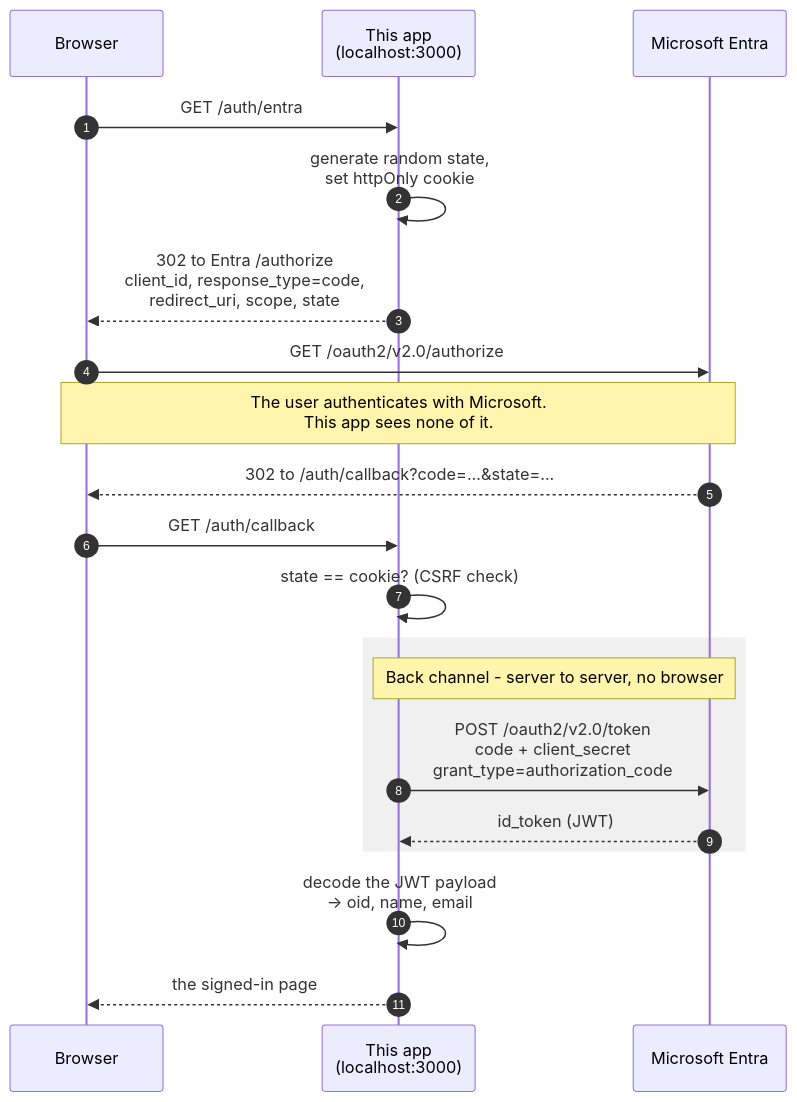
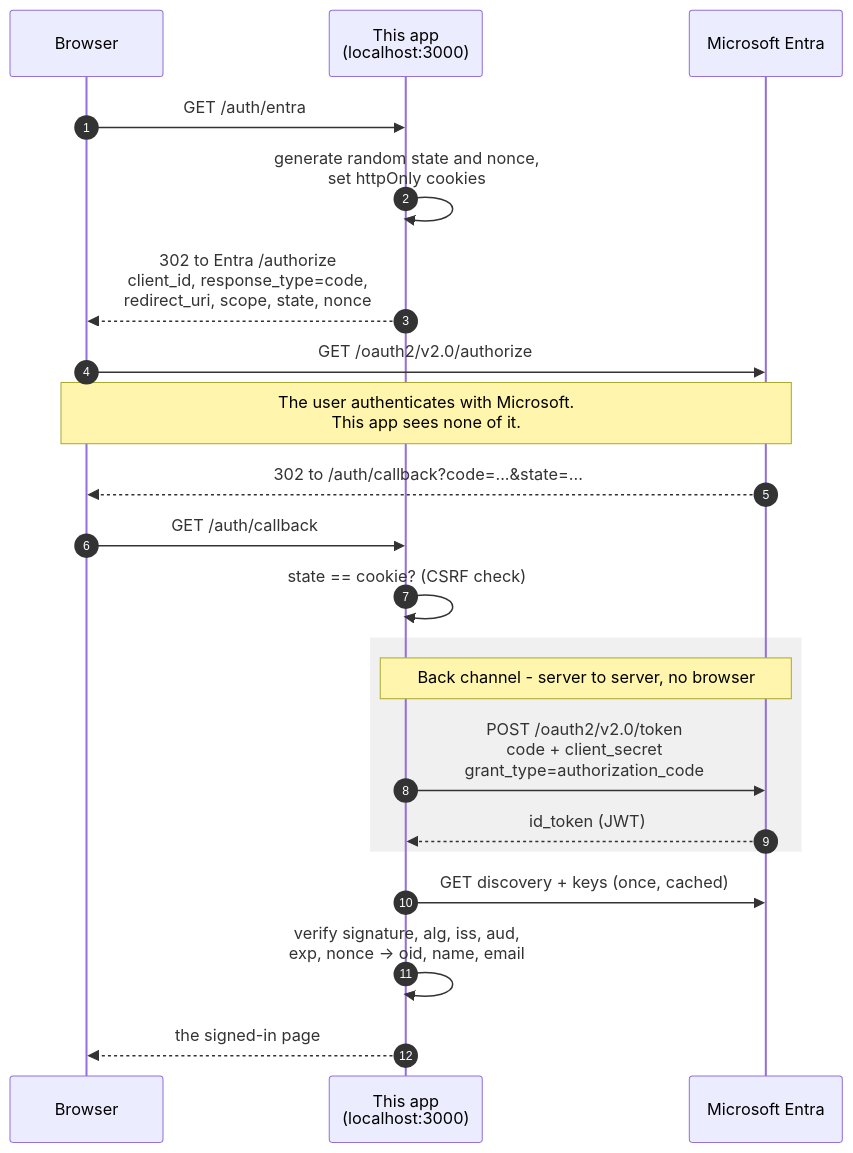
The diagram in entra-node-login-demo/README.md (hmcts/service-hmcts-springboot-demo), drawn with Mermaid before and after one commit. The commit also changed other lines of this file and 7 other files, not shown here.

First line of the commit message:
AMP-1252 entra-node-login-demo: verify the ID token before trusting it

````diff
--- a/entra-node-login-demo/README.md
+++ b/entra-node-login-demo/README.md
@@ -78,27 +84,28 @@
 ```mermaid
 sequenceDiagram
     autonumber
     participant B as Browser
     participant A as This app<br/>(localhost:3000)
     participant E as Microsoft Entra
 
     B->>A: GET /auth/entra
-    A->>A: generate random state,<br/>set httpOnly cookie
-    A-->>B: 302 to Entra /authorize<br/>client_id, response_type=code,<br/>redirect_uri, scope, state
+    A->>A: generate random state and nonce,<br/>set httpOnly cookies
+    A-->>B: 302 to Entra /authorize<br/>client_id, response_type=code,<br/>redirect_uri, scope, state, nonce
 
     B->>E: GET /oauth2/v2.0/authorize
     Note over B,E: The user authenticates with Microsoft.<br/>This app sees none of it.
     E-->>B: 302 to /auth/callback?code=...&state=...
 
     B->>A: GET /auth/callback
     A->>A: state == cookie? (CSRF check)
 
     rect rgba(128,128,128,0.12)
     Note over A,E: Back channel - server to server, no browser
     A->>E: POST /oauth2/v2.0/token<br/>code + client_secret<br/>grant_type=authorization_code
     E-->>A: id_token (JWT)
     end
 
-    A->>A: decode the JWT payload<br/>-> oid, name, email
+    A->>E: GET discovery + keys (once, cached)
+    A->>A: verify signature, alg, iss, aud,<br/>exp, nonce -> oid, name, email
     A-->>B: the signed-in page
 ```
````
